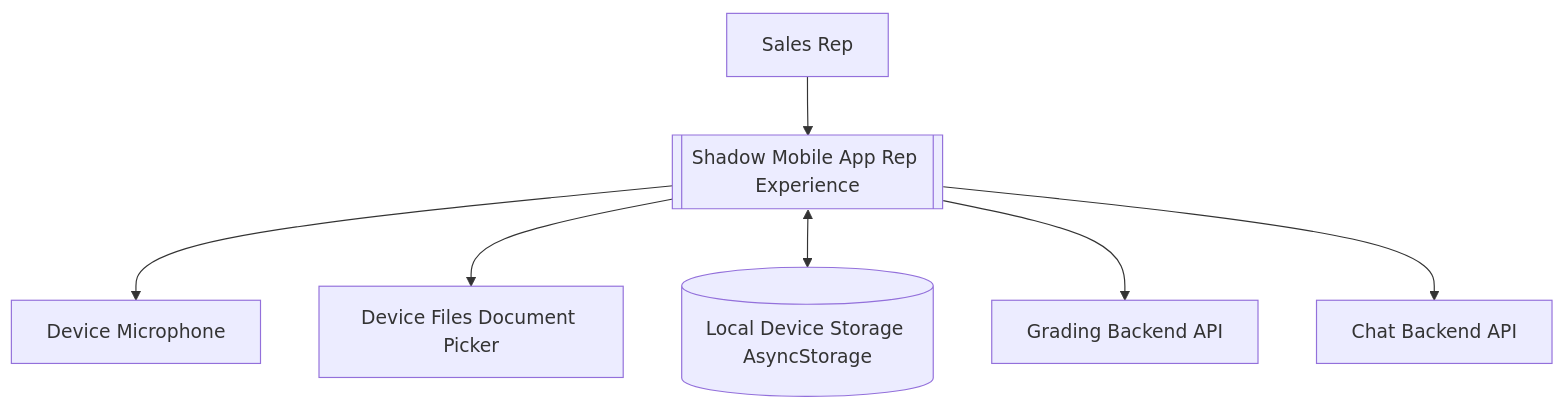
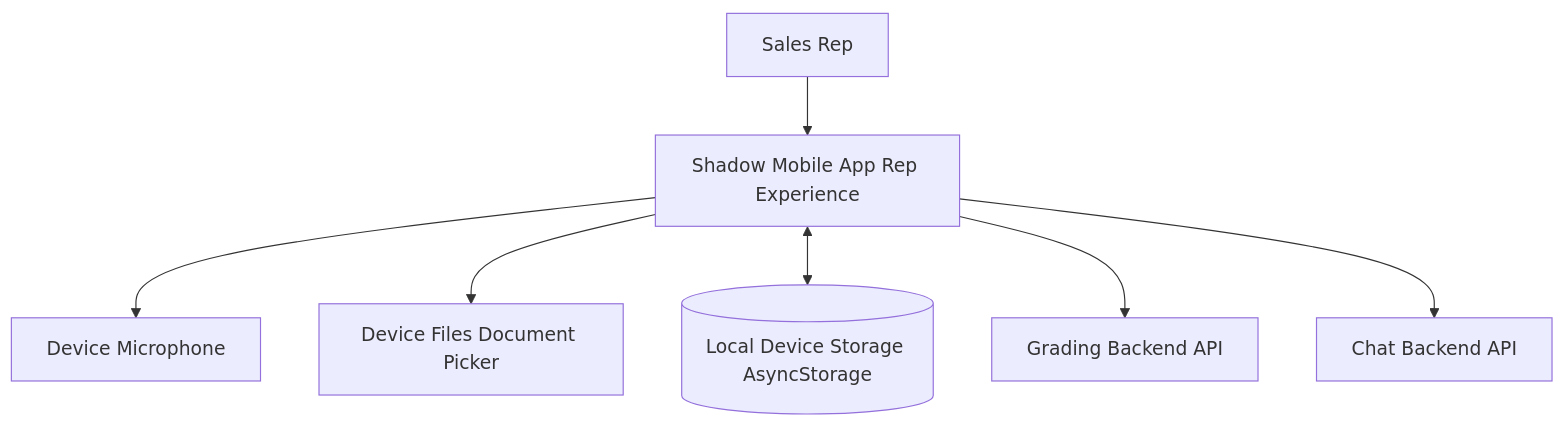
The fourth of 4 diagrams in docs/core-diagrams.md (d00375828/SeniorProject), drawn with Mermaid before and after one commit. The commit also changed other lines of this file, not shown here.

Commit message:
I swear the diagrams are gonna work now

````diff
--- a/docs/core-diagrams.md
+++ b/docs/core-diagrams.md
@@ -120,17 +120,17 @@
 ```mermaid
 flowchart TB
     REP[Sales Rep]
-    APP[[Shadow Mobile App Rep Experience]]
+    APP[Shadow Mobile App Rep Experience]
     MIC[Device Microphone]
     FILES[Device Files Document Picker]
     STORAGE[(Local Device Storage AsyncStorage)]
     GRADEAPI[Grading Backend API]
     CHATAPI[Chat Backend API]
 
     REP --> APP
     APP --> MIC
     APP --> FILES
     APP <--> STORAGE
     APP --> GRADEAPI
     APP --> CHATAPI
 ```
````
